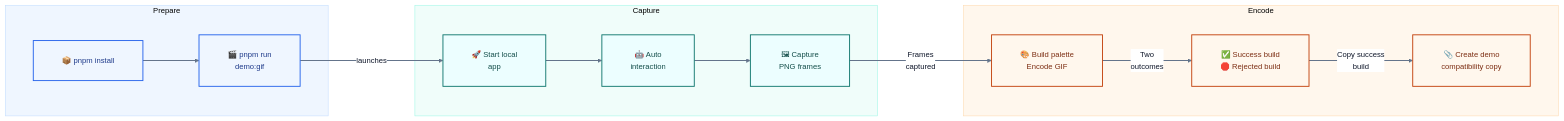
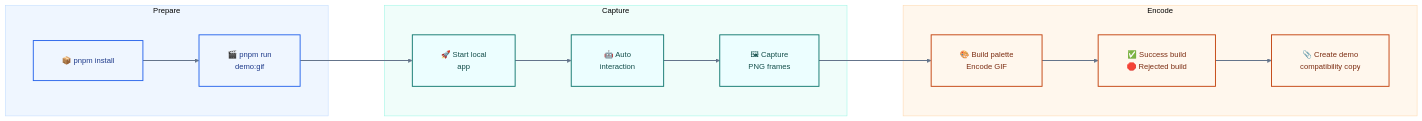
Before and after one commit to sunshineluyao/Moss-Mcp-Transaction: the second of 8 diagrams in README.md, drawn with Mermaid. The commit also changed other lines of this file, not shown here.

Commit message:
docs: localize CN mermaid status chart and remove edge labels

````diff
--- a/README.md
+++ b/README.md
@@ -194,33 +194,33 @@
 ```mermaid
 %%{init: {'theme':'base','flowchart': {'htmlLabels': true, 'nodeSpacing': 96, 'rankSpacing': 110, 'curve': 'basis', 'padding': 28, 'diagramPadding': 24, 'wrappingWidth': 260},'themeVariables': {'fontFamily':'Inter, Segoe UI, sans-serif','fontSize':'15px','primaryTextColor':'#0f172a','lineColor':'#64748b','clusterBkg':'#f8fafc','clusterBorder':'#cbd5e1','edgeLabelBackground':'#ffffff','primaryBorderColor':'#2563eb','primaryColor':'#eff6ff'}}}%%
 flowchart LR
   subgraph P1[Prepare]
     A["📦 pnpm install"] --> B["🎬 pnpm run<br/>demo:gif"]
   end
 
   subgraph P2[Capture]
     C["🚀 Start local<br/>app"] --> D["🤖 Auto<br/>interaction"]
     D --> E["🖼 Capture<br/>PNG frames"]
   end
 
   subgraph P3[Encode]
     F["🎨 Build palette<br/>Encode GIF"]
     G["✅ Success build<br/>🛑 Rejected build"]
     H["📎 Create demo<br/>compatibility copy"]
   end
 
-  B -->|launches| C
-  E -->|Frames<br/>captured| F -->|Two<br/>outcomes| G -->|Copy success<br/>build| H
+  B --> C
+  E --> F --> G --> H
 
   classDef prep fill:#eff6ff,stroke:#2563eb,stroke-width:1.8px,color:#1e3a8a;
   classDef capture fill:#ecfeff,stroke:#0f766e,stroke-width:1.8px,color:#134e4a;
   classDef encode fill:#fff7ed,stroke:#c2410c,stroke-width:1.8px,color:#7c2d12;
 
   class A,B prep;
   class C,D,E capture;
   class F,G,H encode;
   style P1 fill:#eff6ff,stroke:#bfdbfe,stroke-width:1px
   style P2 fill:#f0fdfa,stroke:#99f6e4,stroke-width:1px
   style P3 fill:#fff7ed,stroke:#fed7aa,stroke-width:1px
   linkStyle default stroke:#64748b,stroke-width:2px;
 ```
````
